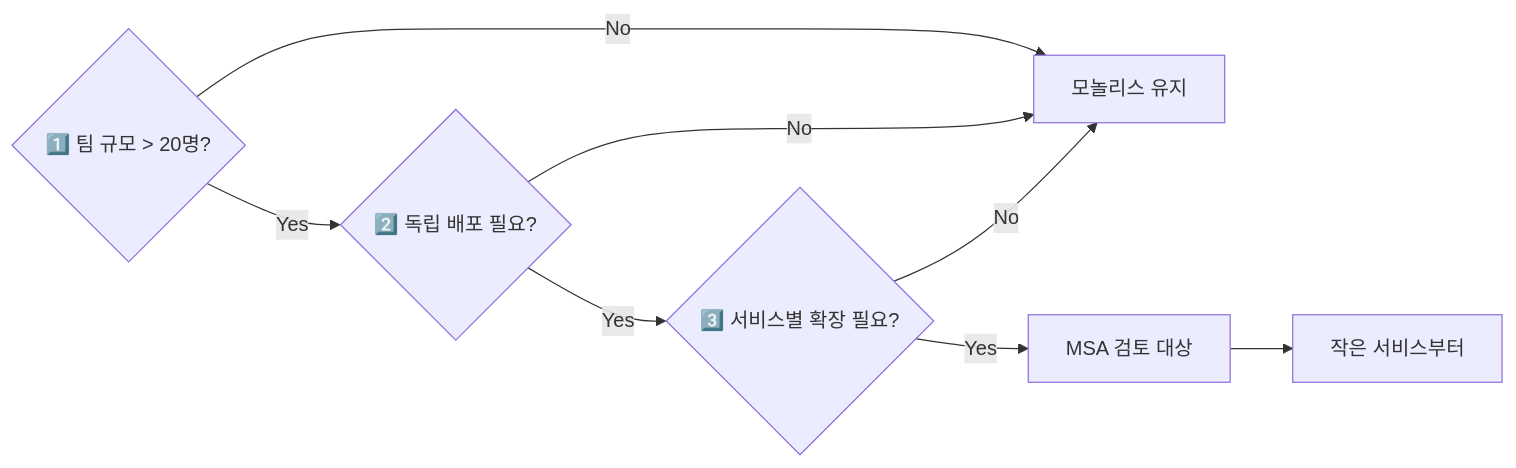
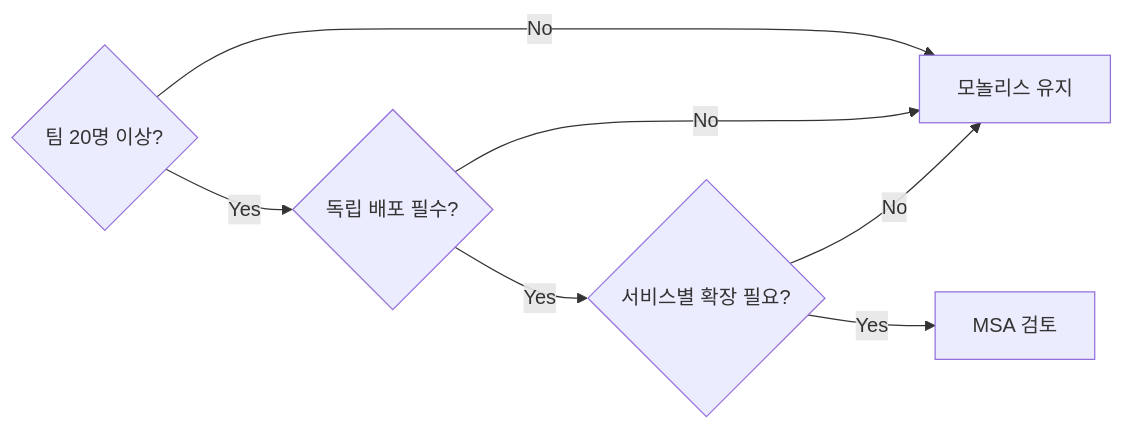
One commit to yjkim2015/yjkim2015.github.io changed diagram 15 of 15 in _posts/architecture/2026-05-02-msa-deep.md. Above: the diagram before and after it, drawn with Mermaid. The commit also changed other lines of this file and 4 other files, not shown here.

````diff
--- a/_posts/architecture/2026-05-02-msa-deep.md
+++ b/_posts/architecture/2026-05-02-msa-deep.md
@@ -456,11 +1613,9 @@
 ```mermaid
 graph LR
-    Q1{"1️⃣ 팀 규모 > 20명?"}
-    Q1 -->|No| Mono["모놀리스 유지"]
-    Q1 -->|Yes| Q2{"2️⃣ 독립 배포 필요?"}
+    Q1{"팀 20명 이상?"} -->|No| Mono["모놀리스 유지"]
+    Q1 -->|Yes| Q2{"독립 배포 필수?"}
     Q2 -->|No| Mono
-    Q2 -->|Yes| Q3{"3️⃣ 서비스별 확장 필요?"}
+    Q2 -->|Yes| Q3{"서비스별 확장 필요?"}
     Q3 -->|No| Mono
-    Q3 -->|Yes| MSA_Candidate["MSA 검토 대상"]
-    MSA_Candidate --> Start["작은 서비스부터"]
+    Q3 -->|Yes| MSA["MSA 검토"]
 ```
````
